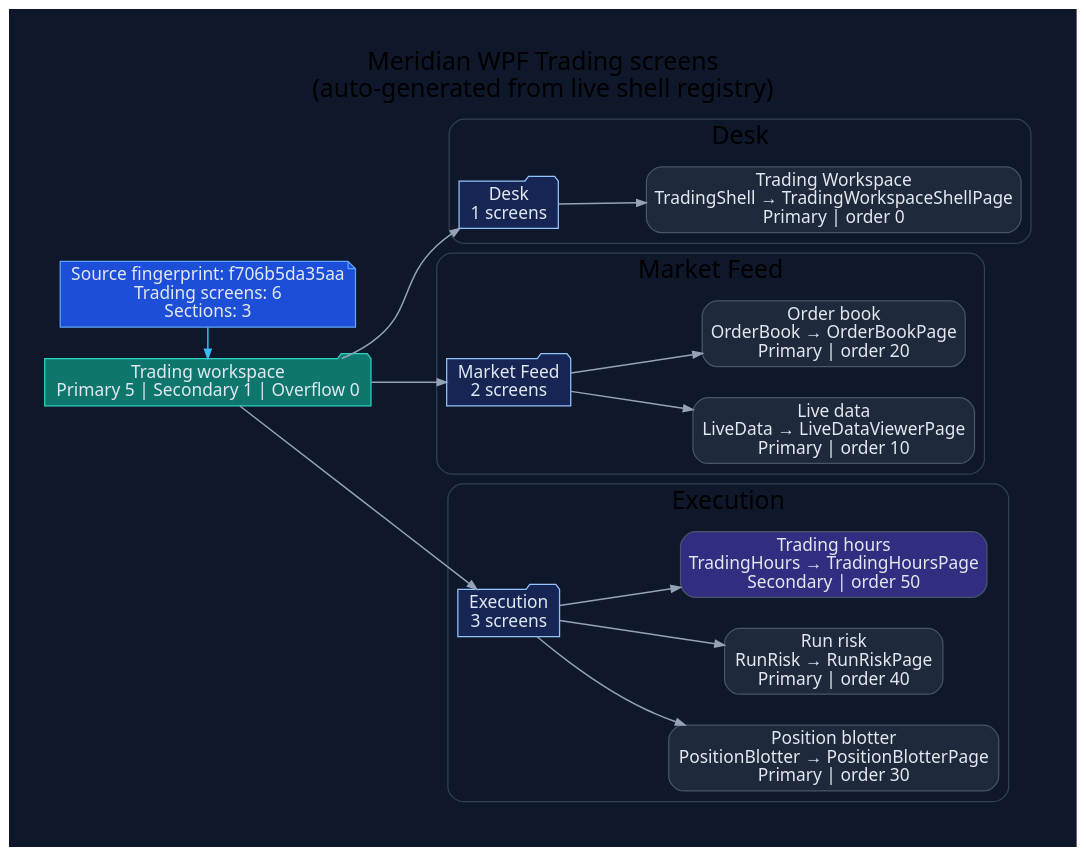
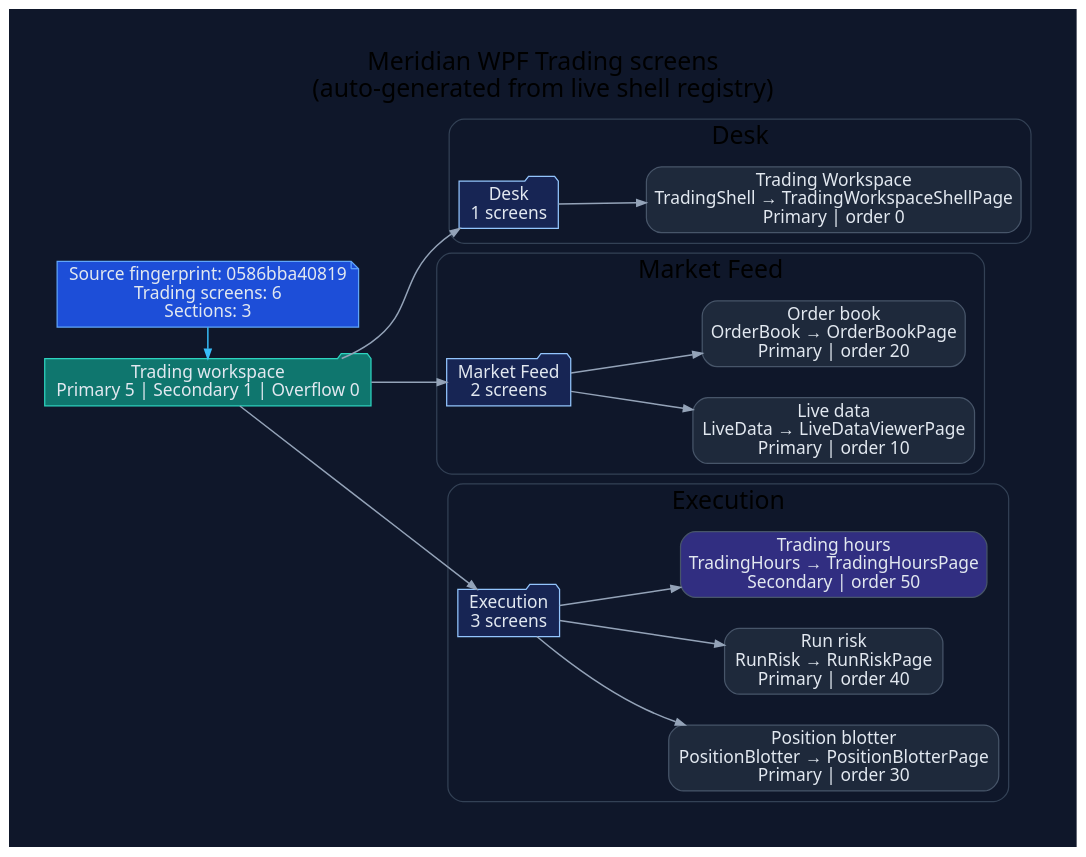
Before and after one commit to rodoHasArrived/Meridian-main: the diagram in docs/diagrams/ui-wpf-screens-trading.dot, drawn with Graphviz. The commit also changed 21 other files, not shown here.

First line of the commit message:
Regenerate UI diagrams for the changed WPF source fingerprint

```diff
--- a/docs/diagrams/ui-wpf-screens-trading.dot
+++ b/docs/diagrams/ui-wpf-screens-trading.dot
@@ -1,62 +1,62 @@
 // -----------------------------------------------------------------------------
 // <auto-generated>
 // Generated by scripts/generate-diagrams.mjs.
 // Do not edit this file directly; update the WPF source files instead.
 // -----------------------------------------------------------------------------
 digraph WpfTradingScreens {
   graph [
     rankdir=LR,
     labelloc=t,
     label="Meridian WPF Trading screens\n(auto-generated from live shell registry)",
     fontname="Segoe UI",
     fontsize=20,
     pad=0.4,
     nodesep=0.35,
     ranksep=0.85,
     bgcolor="#0f172a"
   ];
   node [fontname="Segoe UI", shape=box, style="rounded,filled", color="#475569", fontcolor="#e2e8f0", fillcolor="#1e293b"];
   edge [fontname="Segoe UI", color="#94a3b8", penwidth=1.2, arrowsize=0.75];
 
-  generated [shape=note, fillcolor="#1d4ed8", color="#60a5fa", label="Source fingerprint: f706b5da35aa\nTrading screens: 6\nSections: 3"];
+  generated [shape=note, fillcolor="#1d4ed8", color="#60a5fa", label="Source fingerprint: 0586bba40819\nTrading screens: 6\nSections: 3"];
   workspace [shape=folder, fillcolor="#0f766e", color="#2dd4bf", label="Trading workspace\nPrimary 5 | Secondary 1 | Overflow 0"];
   generated -> workspace [color="#38bdf8"];
 
   subgraph cluster_section_1 {
     label="Desk";
     color="#334155";
     style="rounded";
     section_1 [shape=folder, fillcolor="#172554", color="#93c5fd", label="Desk\n1 screens"];
     workspace -> section_1;
     screen_TradingShell [fillcolor="#1e293b", label="Trading Workspace\nTradingShell → TradingWorkspaceShellPage\nPrimary | order 0"];
     section_1 -> screen_TradingShell;
   }
 
   subgraph cluster_section_2 {
     label="Market Feed";
     color="#334155";
     style="rounded";
     section_2 [shape=folder, fillcolor="#172554", color="#93c5fd", label="Market Feed\n2 screens"];
     workspace -> section_2;
     screen_LiveData [fillcolor="#1e293b", label="Live data\nLiveData → LiveDataViewerPage\nPrimary | order 10"];
     section_2 -> screen_LiveData;
     screen_OrderBook [fillcolor="#1e293b", label="Order book\nOrderBook → OrderBookPage\nPrimary | order 20"];
     section_2 -> screen_OrderBook;
   }
 
   subgraph cluster_section_3 {
     label="Execution";
     color="#334155";
     style="rounded";
     section_3 [shape=folder, fillcolor="#172554", color="#93c5fd", label="Execution\n3 screens"];
     workspace -> section_3;
     screen_PositionBlotter [fillcolor="#1e293b", label="Position blotter\nPositionBlotter → PositionBlotterPage\nPrimary | order 30"];
     section_3 -> screen_PositionBlotter;
     screen_RunRisk [fillcolor="#1e293b", label="Run risk\nRunRisk → RunRiskPage\nPrimary | order 40"];
     section_3 -> screen_RunRisk;
     screen_TradingHours [fillcolor="#312e81", label="Trading hours\nTradingHours → TradingHoursPage\nSecondary | order 50"];
     section_3 -> screen_TradingHours;
   }
 
   { rank=min; generated; workspace; }
 }
```
